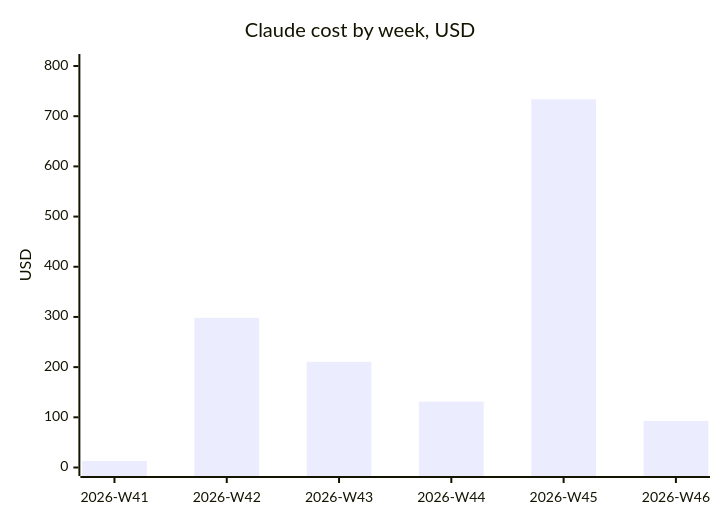
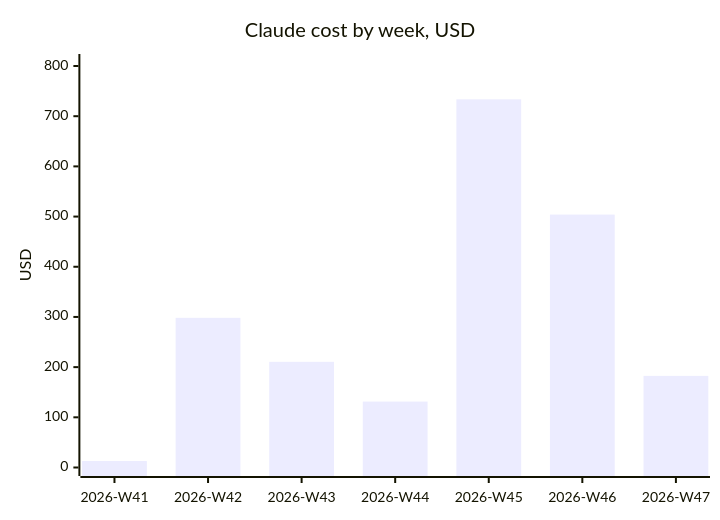
The third of 3 diagrams in docs/build_cost.md (eyalgo/ka-reader), drawn with Mermaid before and after one commit. The commit also changed other lines of this file, not shown here.

````diff
--- a/docs/build_cost.md
+++ b/docs/build_cost.md
@@ -132,7 +136,7 @@
 ```mermaid
 xychart-beta
     title "Claude cost by week, USD"
-    x-axis ["2026-W41", "2026-W42", "2026-W43", "2026-W44", "2026-W45", "2026-W46"]
+    x-axis ["2026-W41", "2026-W42", "2026-W43", "2026-W44", "2026-W45", "2026-W46", "2026-W47"]
     y-axis "USD" 0 --> 807
-    bar [12.86, 298.2, 210.58, 131.38, 733.64, 92.57]
+    bar [12.86, 298.2, 210.58, 131.38, 733.64, 503.94, 182.55]
 ```
````
